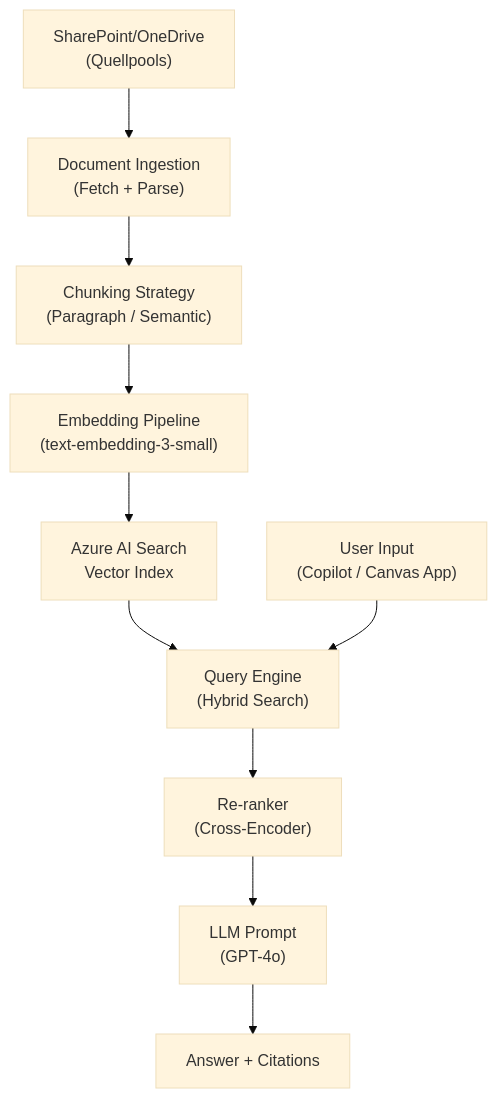
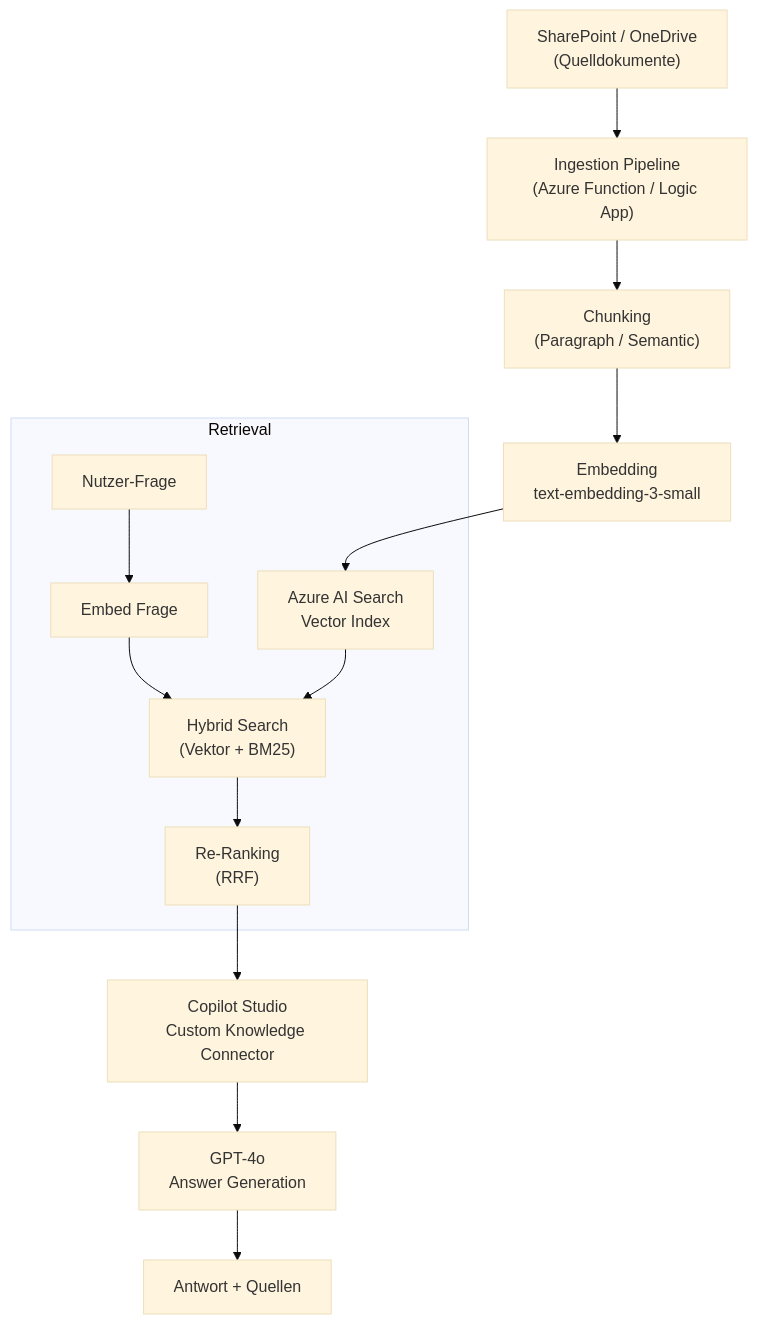
The fourth of 4 diagrams in m09-agentic-ai-mcp/0903-rag-systeme/theorie.md (kodschul/kodschul-sol-arch), drawn with Mermaid (base theme) before and after one commit. The commit also changed other lines of this file and 22 other files, not shown here.

````diff
--- a/m09-agentic-ai-mcp/0903-rag-systeme/theorie.md
+++ b/m09-agentic-ai-mcp/0903-rag-systeme/theorie.md
@@ -233,12 +242,18 @@
 ```mermaid
 flowchart TD
-    A["SharePoint/OneDrive\n(Quellpools)"] --> B["Document Ingestion\n(Fetch + Parse)"]
-    B --> C["Chunking Strategy\n(Paragraph / Semantic)"]
-    C --> D["Embedding Pipeline\n(text-embedding-3-small)"]
-    D --> E["Azure AI Search\nVector Index"]
-    E --> F["Query Engine\n(Hybrid Search)"]
-    G["User Input\n(Copilot / Canvas App)"] --> F
-    F --> H["Re-ranker\n(Cross-Encoder)"]
-    H --> I["LLM Prompt\n(GPT-4o)"]
-    I --> J["Answer + Citations"]
+    SP["SharePoint / OneDrive\n(Quelldokumente)"] --> PP["Ingestion Pipeline\n(Azure Function / Logic App)"]
+    PP --> CHK["Chunking\n(Paragraph / Semantic)"]
+    CHK --> EMB["Embedding\ntext-embedding-3-small"]
+    EMB --> SRCH["Azure AI Search\nVector Index"]
+
+    subgraph "Retrieval"
+        Q["Nutzer-Frage"] --> EQ["Embed Frage"]
+        EQ --> HYB["Hybrid Search\n(Vektor + BM25)"]
+        SRCH --> HYB
+        HYB --> RANK["Re-Ranking\n(RRF)"]
+    end
+
+    RANK --> CS["Copilot Studio\nCustom Knowledge Connector"]
+    CS --> LLM["GPT-4o\nAnswer Generation"]
+    LLM --> ANS["Antwort + Quellen"]
 ```
````
